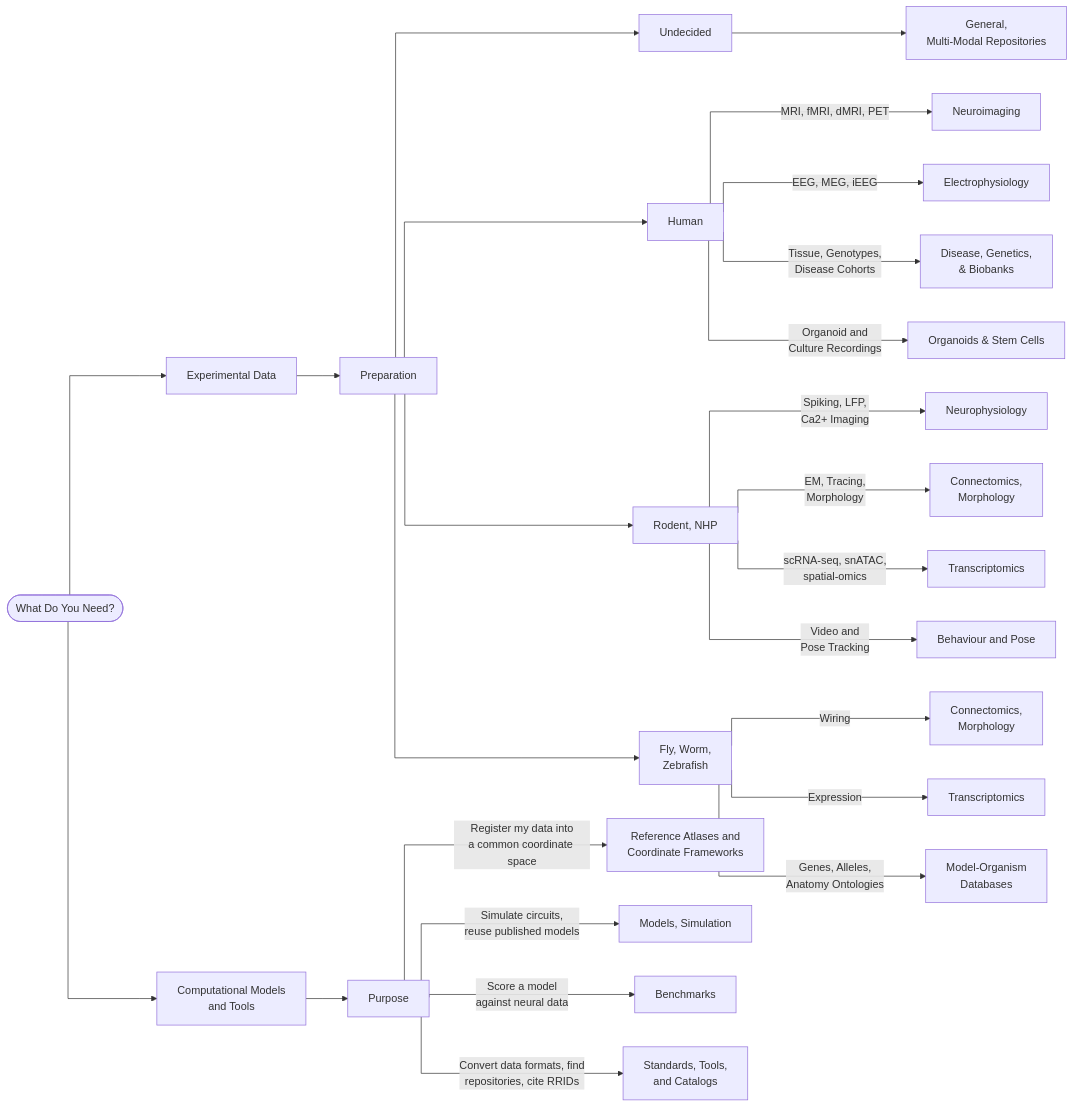
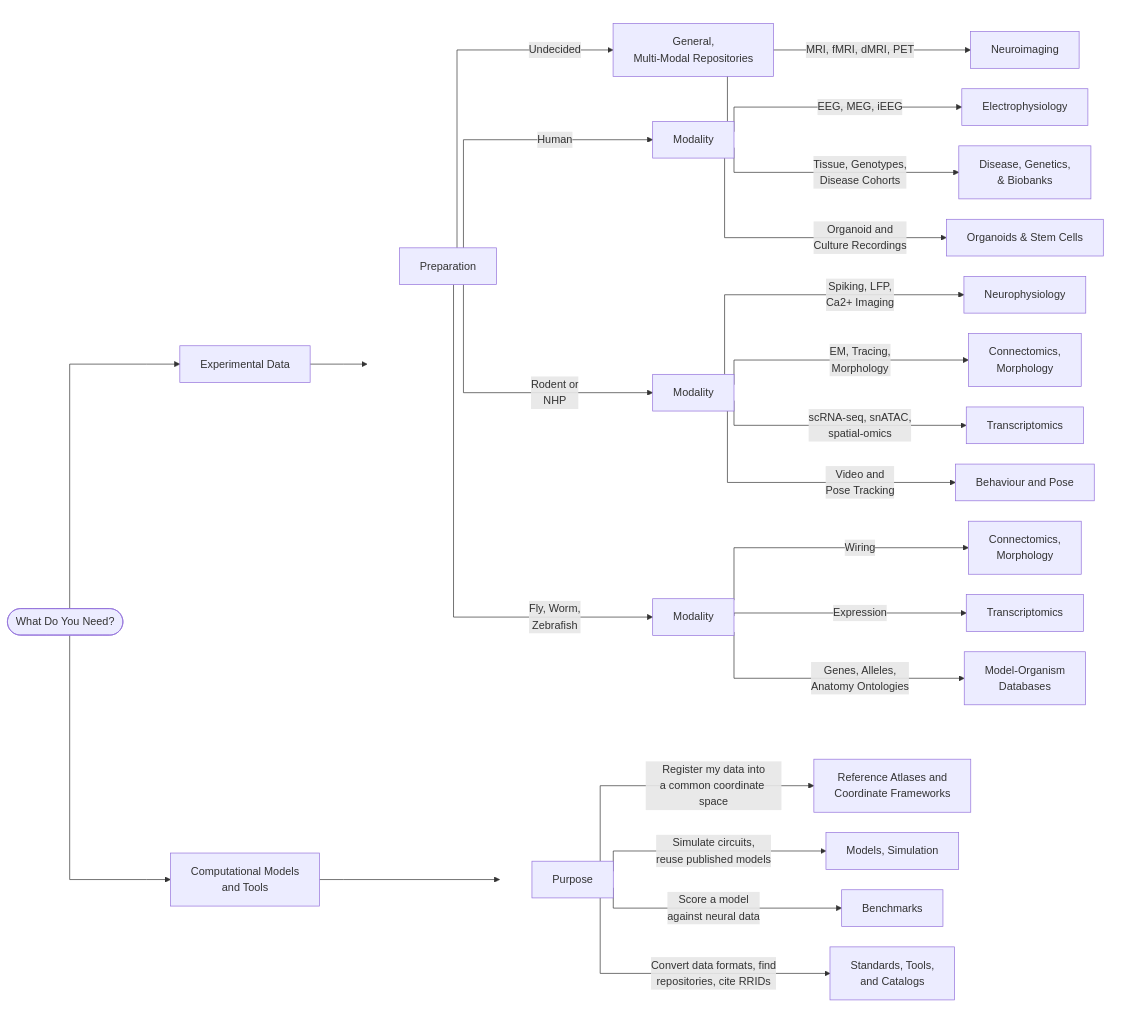
The diagram in docs/index.md (lauramedlock/neuroarchives), drawn with Mermaid before and after one commit.

Commit message:
Enhance flowchart with subgraphs and spacing adjustments
Updated the flowchart configuration and added subgraphs for experimental and model arms.

````diff
--- a/docs/index.md
+++ b/docs/index.md
@@ -41,35 +41,42 @@
 ```mermaid
-%%{init: {"flowchart": {"curve":"stepBefore", "useMaxWidth": true}} }%%
+%%{init: {"flowchart": {"curve": "stepBefore", "useMaxWidth": true, "rankSpacing": 70, "nodeSpacing": 30}} }%%
 flowchart LR
     START([What Do You Need?])
     START --> EXP[Experimental Data]
     START --> MOD[Computational Models<br>and Tools]
+    EXP --> PREP[Preparation]
+    MOD --> PURPOSE[Purpose]
 
-    EXP --> PREP[Preparation]
-    PREP -->GEN[Undecided]
-    PREP -->HU[Human]
-    PREP -->RO[Rodent, NHP]
-    PREP -->INV[Fly, Worm,<br>Zebrafish]
+    subgraph expArm [ ]
+    direction LR
+    PREP -->|Undecided| GEN[General,<br>Multi-Modal Repositories]
+    PREP -->|Human| HU[Modality]
+    PREP -->|Rodent or<br>NHP| RO[Modality]
+    PREP -->|Fly, Worm,<br>Zebrafish| INV[Modality]
 
     HU -->|MRI, fMRI, dMRI, PET| E1[Neuroimaging]
     HU -->|EEG, MEG, iEEG| E2[Electrophysiology]
     HU -->|Tissue, Genotypes,<br>Disease Cohorts| E3[Disease, Genetics,<br>& Biobanks]
     HU -->|Organoid and<br>Culture Recordings| E4[Organoids & Stem Cells]
 
-    RO -->|Spiking, LFP,<br>Ca2+ Imaging| E5[Neurophysiology] 
-    RO -->|EM, Tracing,<br>Morphology| E6[Connectomics, <br> Morphology]
+    RO -->|Spiking, LFP,<br>Ca2+ Imaging| E5[Neurophysiology]
+    RO -->|EM, Tracing,<br>Morphology| E6[Connectomics,<br>Morphology]
     RO -->|scRNA-seq, snATAC,<br>spatial-omics| E7[Transcriptomics]
     RO -->|Video and<br>Pose Tracking| E8[Behaviour and Pose]
 
     INV -->|Wiring| E6b[Connectomics,<br>Morphology]
     INV -->|Expression| E7b[Transcriptomics]
     INV -->|Genes, Alleles,<br>Anatomy Ontologies| E9[Model-Organism<br>Databases]
+    end
 
-    GEN -->E10[General,<br> Multi-Modal Repositories]
-
-    MOD --> PURPOSE[Purpose]
+    subgraph modArm [ ]
+    direction LR
     PURPOSE -->|Register my data into<br>a common coordinate space| M1[Reference Atlases and<br>Coordinate Frameworks]
     PURPOSE -->|Simulate circuits,<br>reuse published models| M2[Models, Simulation]
     PURPOSE -->|Score a model<br>against neural data| M4[Benchmarks]
     PURPOSE -->|Convert data formats, find<br>repositories, cite RRIDs| M3[Standards, Tools,<br>and Catalogs]
+    end
+
+    style expArm fill:none,stroke:none
+    style modArm fill:none,stroke:none
 ```
````
